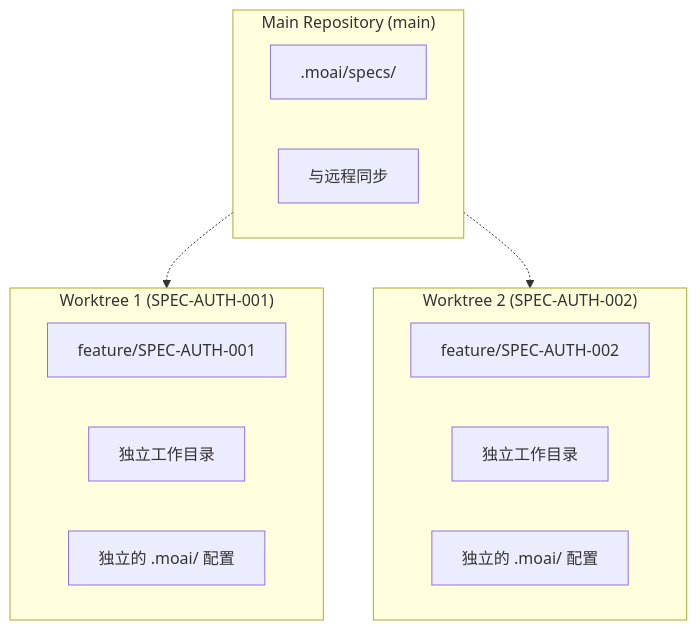
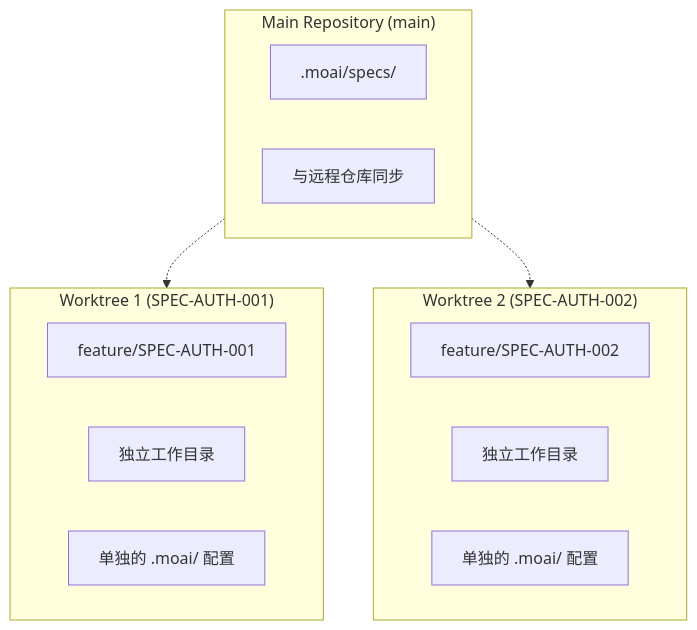
Before and after one commit to modu-ai/moai-adk: the third of 6 diagrams in docs-site/content/zh/worktree/_index.md, drawn with Mermaid. The commit also changed other lines of this file and 395 other files, not shown here.

````diff
--- a/docs-site/content/zh/worktree/_index.md
+++ b/docs-site/content/zh/worktree/_index.md
@@ -136,22 +144,22 @@
 ```mermaid
-flowchart TD
+graph TB
     subgraph Main["Main Repository (main)"]
         M1[.moai/specs/]
-        M2[与远程同步]
+        M2[与远程仓库同步]
     end
 
     subgraph WT1["Worktree 1 (SPEC-AUTH-001)"]
         W1A[feature/SPEC-AUTH-001]
         W1B[独立工作目录]
-        W1C[独立的 .moai/ 配置]
+        W1C[单独的 .moai/ 配置]
     end
 
     subgraph WT2["Worktree 2 (SPEC-AUTH-002)"]
         W2A[feature/SPEC-AUTH-002]
         W2B[独立工作目录]
-        W2C[独立的 .moai/ 配置]
+        W2C[单独的 .moai/ 配置]
     end
 
     Main -.-> WT1
     Main -.-> WT2
 ```
````
